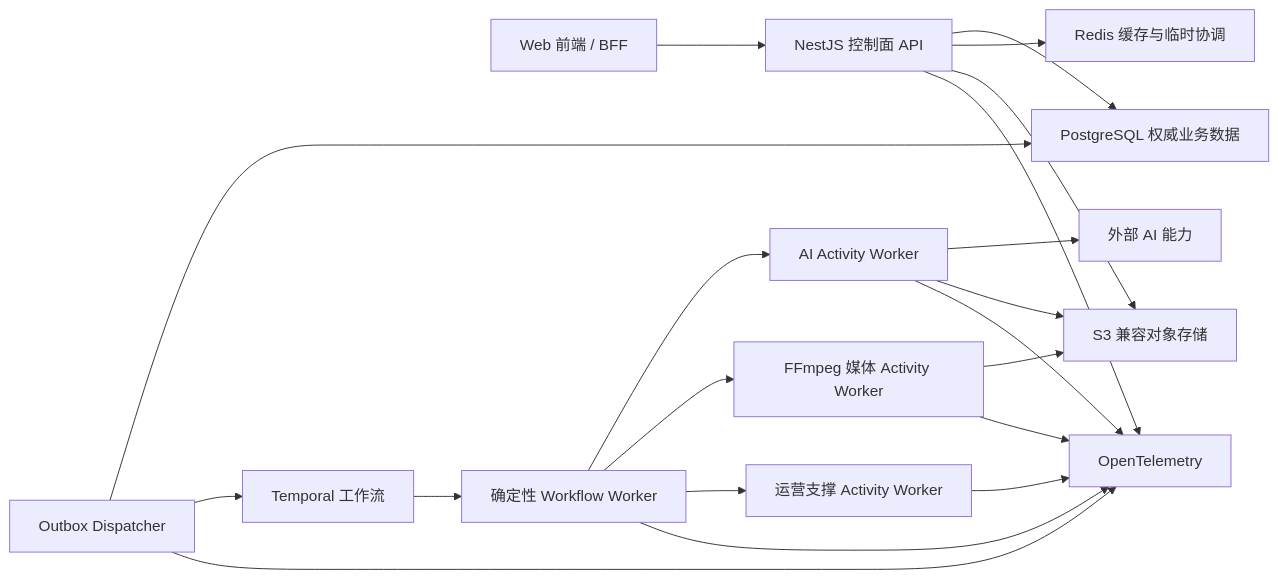
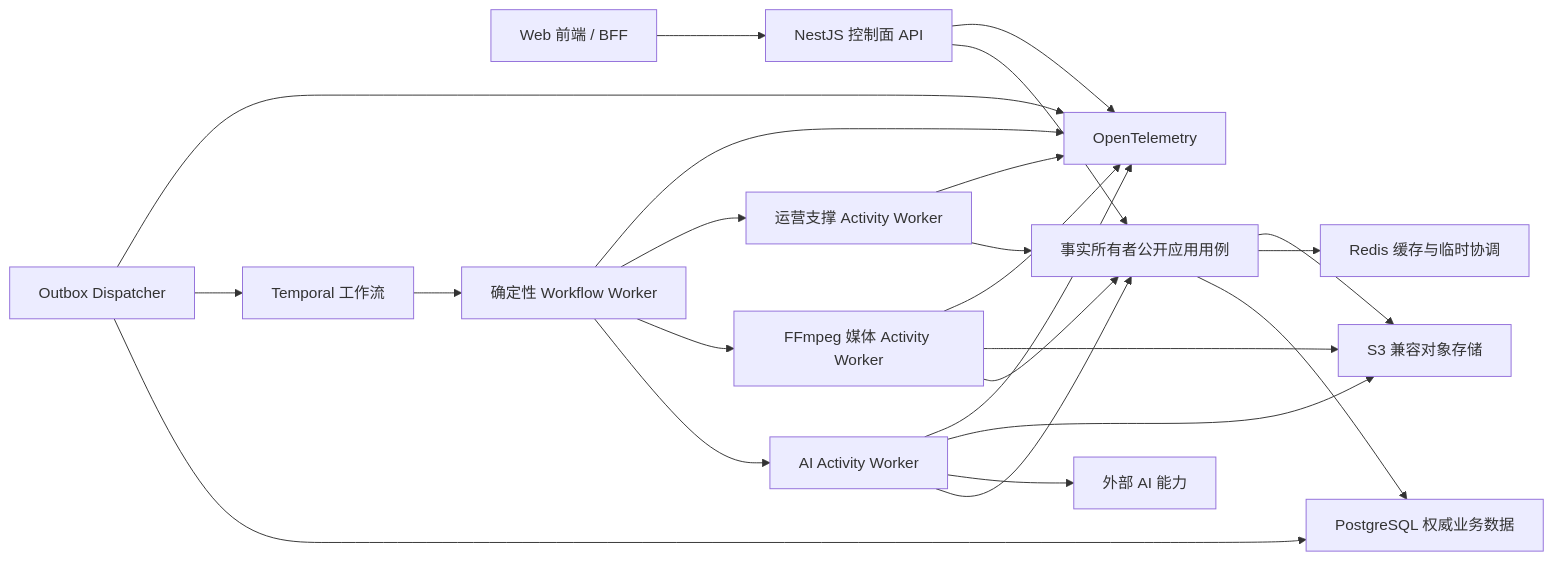
Before and after one commit to StephenQiu30/lanverse: the diagram in docs/requirement/TCR-002-后端服务架构与工程约束需求规格说明书.md, drawn with Mermaid. The commit also changed other lines of this file and 35 other files, not shown here.

````diff
--- a/docs/requirement/TCR-002-后端服务架构与工程约束需求规格说明书.md
+++ b/docs/requirement/TCR-002-后端服务架构与工程约束需求规格说明书.md
@@ -29,22 +29,26 @@
 ```mermaid
 flowchart LR
     FE["Web 前端 / BFF"] --> API["NestJS 控制面 API"]
-    API --> PG["PostgreSQL 权威业务数据"]
-    API --> RD["Redis 缓存与临时协调"]
-    API --> OS["S3 兼容对象存储"]
+    API --> UC["事实所有者公开应用用例"]
+    UC --> PG["PostgreSQL 权威业务数据"]
+    UC --> RD["Redis 缓存与临时协调"]
+    UC --> OS["S3 兼容对象存储"]
     OD["Outbox Dispatcher"] --> PG
     OD --> TP["Temporal 工作流"]
     TP --> CW["确定性 Workflow Worker"]
     CW --> AW["AI Activity Worker"]
     CW --> MW["FFmpeg 媒体 Activity Worker"]
     CW --> NW["运营支撑 Activity Worker"]
+    AW --> UC
+    MW --> UC
+    NW --> UC
     AW --> AP["外部 AI 能力"]
     AW --> OS
     MW --> OS
     API --> OT["OpenTelemetry"]
     OD --> OT
     CW --> OT
     AW --> OT
     MW --> OT
     NW --> OT
 ```
````
